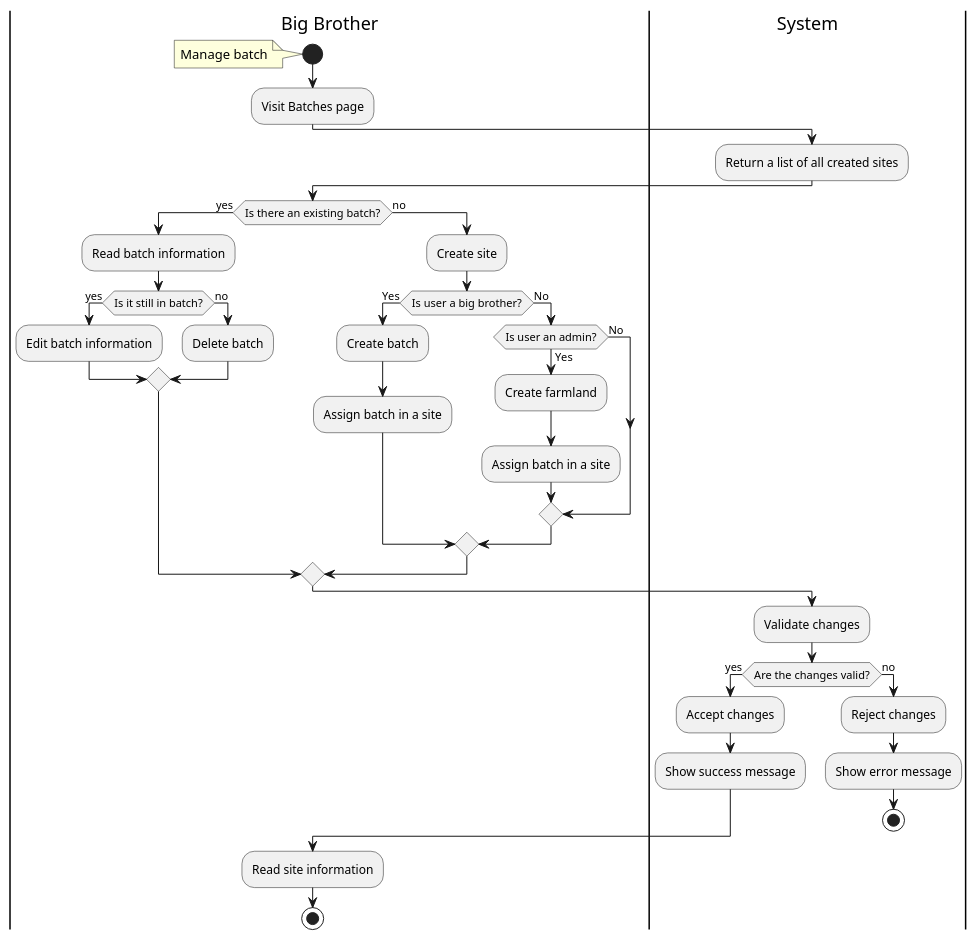
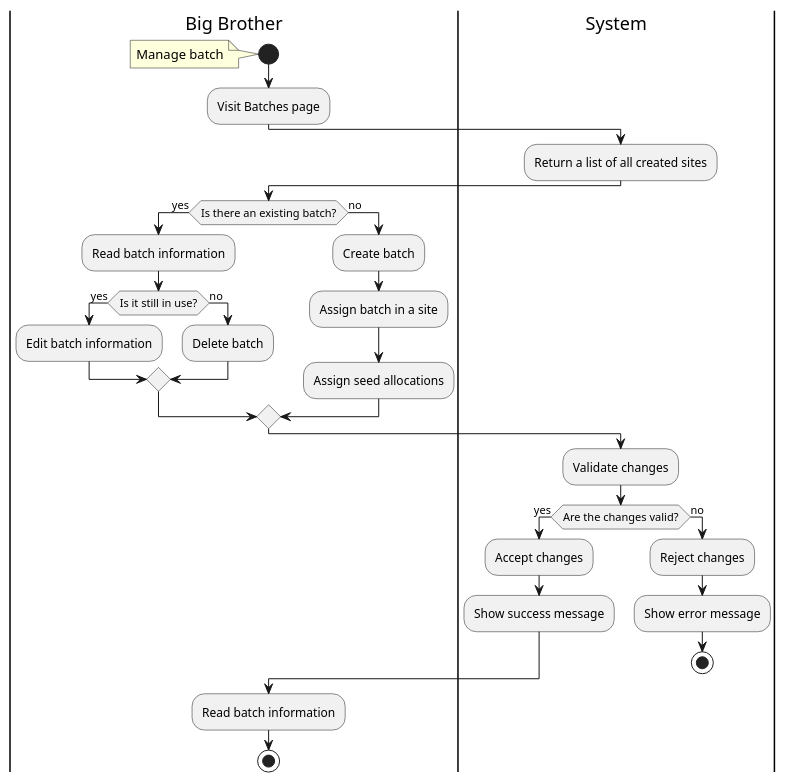
One commit to radical-doubting/anikultura-diagrams changed the diagram in plantuml/proposed/activity/manage-batch.wsd. Above: the diagram before and after it, drawn with PlantUML. The commit also changed 1 other file, not shown here.

Commit message:
Updated diagrams to include seed allocation activity

```diff
--- a/plantuml/proposed/activity/manage-batch.wsd
+++ b/plantuml/proposed/activity/manage-batch.wsd
@@ -1,51 +1,42 @@
 @startuml
 
 |Big Brother|
 start
 note left: Manage batch
 
 :Visit Batches page;
 
 |System|
 :Return a list of all created sites;
 |Big Brother|
 
 if (Is there an existing batch?) then (yes)
     :Read batch information;
-    if (Is it still in batch?) then (yes)
+    if (Is it still in use?) then (yes)
         :Edit batch information;
     else (no)
         :Delete batch;
     endif
 else (no)
-    :Create site;
-
-     if (Is user a big brother?) then (Yes)
-        :Create batch;
-        :Assign batch in a site;
-    else (No)
-        if (Is user an admin?) then (Yes)
-            :Create farmland;
-            :Assign batch in a site;
-        else (No)
-        endif
-    endif
+    :Create batch;
+    :Assign batch in a site;
+    :Assign seed allocations;
 endif
 
 |System|
 :Validate changes;
 if (Are the changes valid?) then (yes)
     :Accept changes;
     :Show success message;
 else (no)
     :Reject changes;
     :Show error message;
     stop
 endif
 
 |Big Brother|
-:Read site information;
+:Read batch information;
 
 stop
 
 @enduml
```
